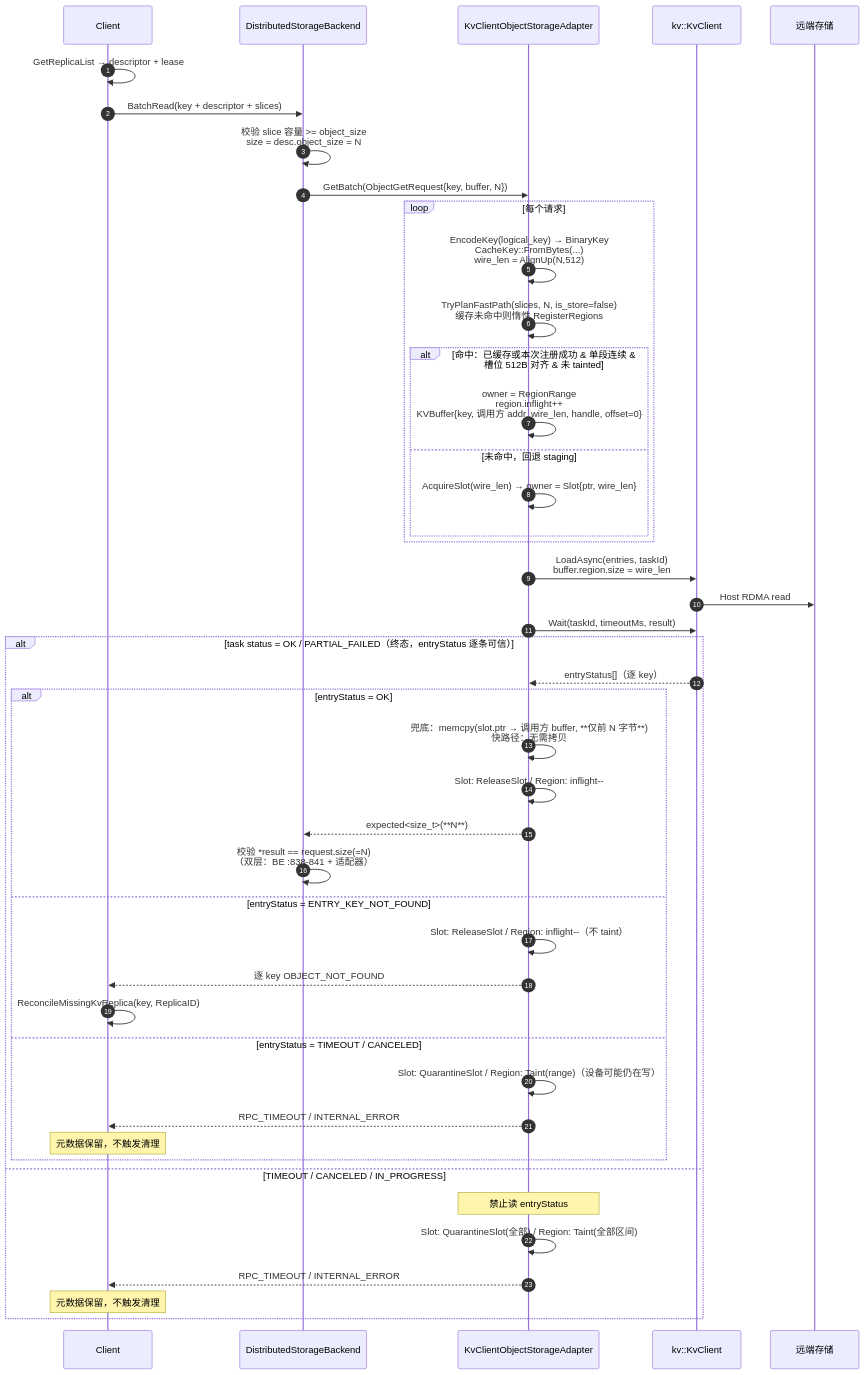
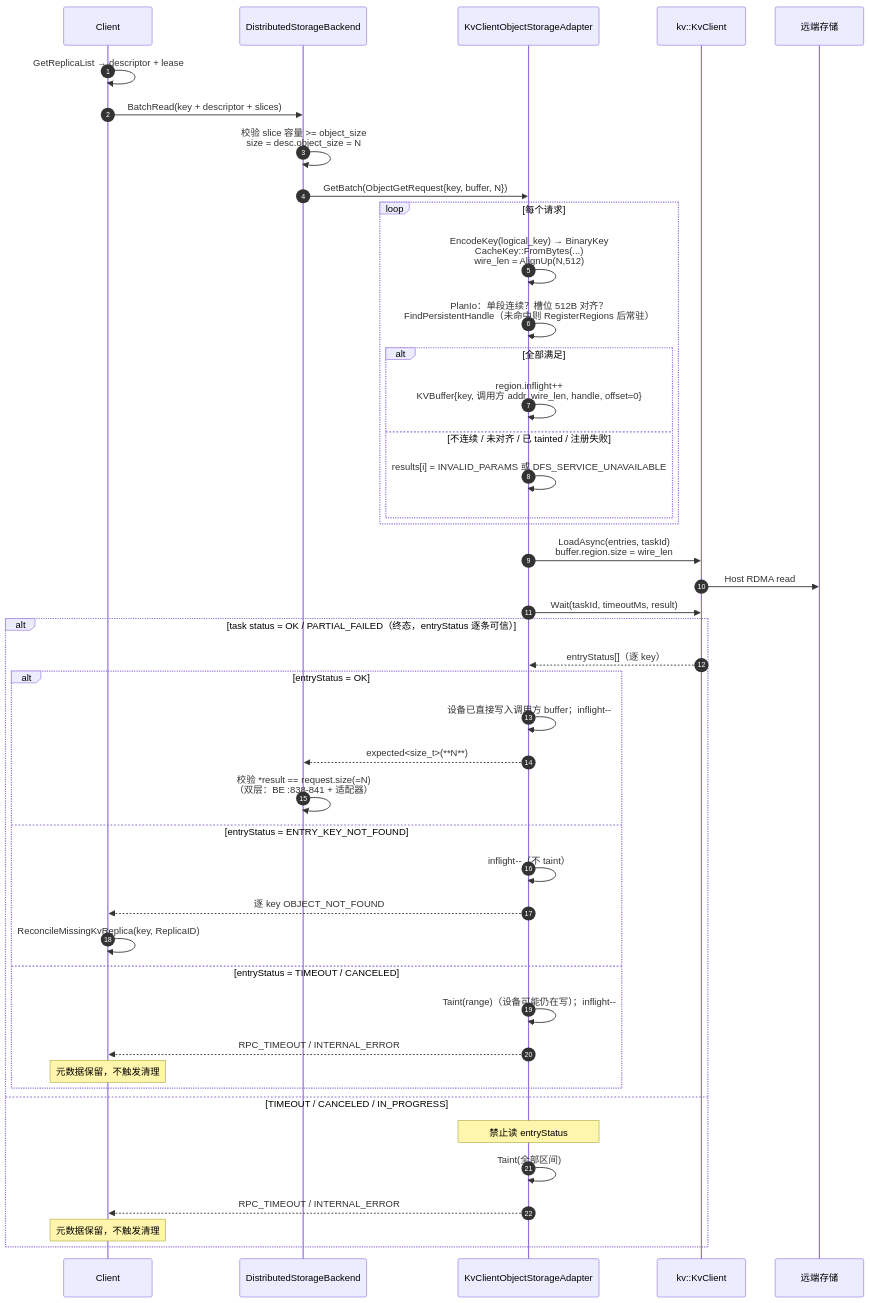
Before and after one commit to zwj20000328-dotcom/Mooncake-documents: the tenth of 13 diagrams in Mooncake + KVClient L3 接入（Kvcs）- v3.md, drawn with Mermaid. The commit also changed other lines of this file, not shown here.

First line of the commit message:
docs: drop staging fallback and mirror ASUStore buffer registration

````diff
--- a/Mooncake + KVClient L3 接入（Kvcs）- v3.md
+++ b/Mooncake + KVClient L3 接入（Kvcs）- v3.md
@@ -669,48 +648,47 @@
 ```mermaid
 sequenceDiagram
     autonumber
     participant C as Client
     participant BE as DistributedStorageBackend
     participant AD as KvClientObjectStorageAdapter
     participant SDK as kv::KvClient
     participant S as 远端存储
 
     C->>C: GetReplicaList → descriptor + lease
     C->>BE: BatchRead(key + descriptor + slices)
     BE->>BE: 校验 slice 容量 >= object_size<br/>size = desc.object_size = N
     BE->>AD: GetBatch(ObjectGetRequest{key, buffer, N})
     loop 每个请求
         AD->>AD: EncodeKey(logical_key) → BinaryKey<br/>CacheKey::FromBytes(...)<br/>wire_len = AlignUp(N,512)
-        AD->>AD: TryPlanFastPath(slices, N, is_store=false)<br/>缓存未命中则惰性 RegisterRegions
-        alt 命中：已缓存或本次注册成功 & 单段连续 & 槽位 512B 对齐 & 未 tainted
-            AD->>AD: owner = RegionRange<br/>region.inflight++<br/>KVBuffer{key, 调用方 addr, wire_len, handle, offset=0}
-        else 未命中，回退 staging
-            AD->>AD: AcquireSlot(wire_len) → owner = Slot{ptr, wire_len}
+        AD->>AD: PlanIo：单段连续？槽位 512B 对齐？<br/>FindPersistentHandle（未命中则 RegisterRegions 后常驻）
+        alt 全部满足
+            AD->>AD: region.inflight++<br/>KVBuffer{key, 调用方 addr, wire_len, handle, offset=0}
+        else 不连续 / 未对齐 / 已 tainted / 注册失败
+            AD->>AD: results[i] = INVALID_PARAMS 或 DFS_SERVICE_UNAVAILABLE
         end
     end
     AD->>SDK: LoadAsync(entries, taskId)<br/>buffer.region.size = wire_len
     SDK->>S: Host RDMA read
     AD->>SDK: Wait(taskId, timeoutMs, result)
     alt task status = OK / PARTIAL_FAILED（终态，entryStatus 逐条可信）
         SDK-->>AD: entryStatus[]（逐 key）
         alt entryStatus = OK
-            AD->>AD: 兜底：memcpy(slot.ptr → 调用方 buffer, **仅前 N 字节**)<br/>快路径：无需拷贝
-            AD->>AD: Slot: ReleaseSlot / Region: inflight--
+            AD->>AD: 设备已直接写入调用方 buffer；inflight--
             AD-->>BE: expected<size_t>(**N**)
             BE->>BE: 校验 *result == request.size(=N)<br/>（双层：BE :838-841 + 适配器）
         else entryStatus = ENTRY_KEY_NOT_FOUND
-            AD->>AD: Slot: ReleaseSlot / Region: inflight--（不 taint）
+            AD->>AD: inflight--（不 taint）
             AD-->>C: 逐 key OBJECT_NOT_FOUND
             C->>C: ReconcileMissingKvReplica(key, ReplicaID)
         else entryStatus = TIMEOUT / CANCELED
-            AD->>AD: Slot: QuarantineSlot / Region: Taint(range)（设备可能仍在写）
+            AD->>AD: Taint(range)（设备可能仍在写）；inflight--
             AD-->>C: RPC_TIMEOUT / INTERNAL_ERROR
             Note over C: 元数据保留，不触发清理
         end
     else TIMEOUT / CANCELED / IN_PROGRESS
         Note over AD: 禁止读 entryStatus
-        AD->>AD: Slot: QuarantineSlot(全部) / Region: Taint(全部区间)
+        AD->>AD: Taint(全部区间)
         AD-->>C: RPC_TIMEOUT / INTERNAL_ERROR
         Note over C: 元数据保留，不触发清理
     end
 ```
````
